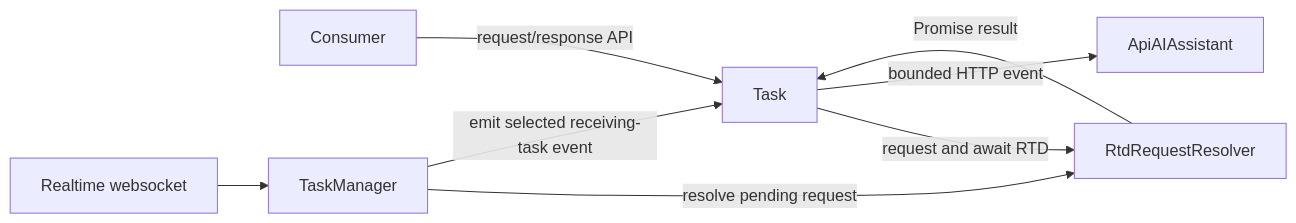
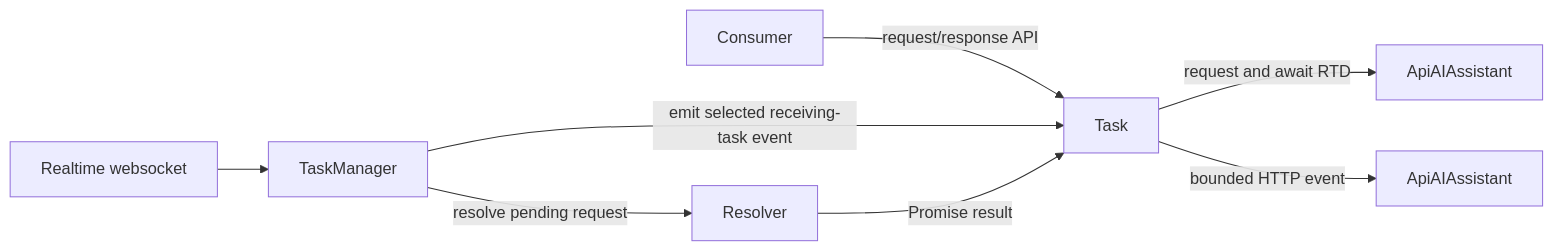
One commit to webex/webex-js-sdk changed the sixth of 10 diagrams in packages/@webex/contact-center/src/services/task/ai-docs/ARCHITECTURE.md. Above: the diagram before and after it, drawn with Mermaid. The commit also changed other lines of this file and 22 other files, not shown here.

````diff
--- a/packages/@webex/contact-center/src/services/task/ai-docs/ARCHITECTURE.md
+++ b/packages/@webex/contact-center/src/services/task/ai-docs/ARCHITECTURE.md
@@ -388,10 +388,10 @@
 ```mermaid
 flowchart LR
   App[Consumer] -->|request/response API| Task
-  Task -->|request and await RTD| Resolver[RtdRequestResolver]
+  Task -->|request and await RTD| Api[ApiAIAssistant]
   Task -->|bounded HTTP event| API[ApiAIAssistant]
   RTD[Realtime websocket] --> TM[TaskManager]
   TM -->|resolve pending request| Resolver
   TM -->|emit selected receiving-task event| Task
   Resolver -->|Promise result| Task
 ```
````
